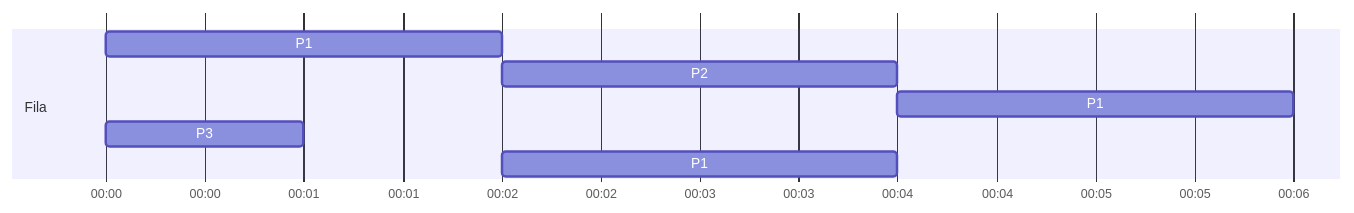
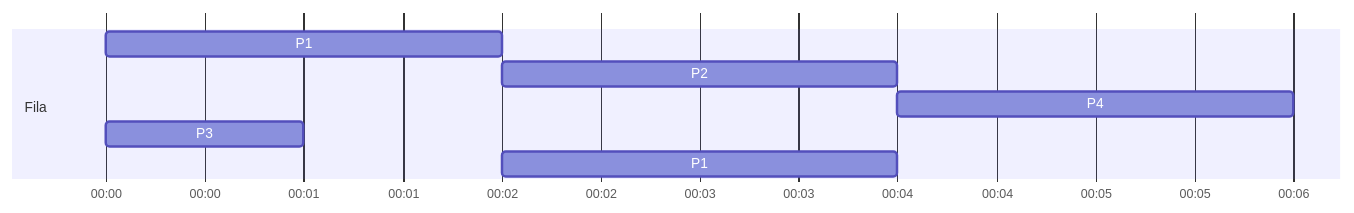
Before and after one commit to victorvcruz/ifg: the eighth of 9 diagrams in 3ª Período/SO/escalonamento-cpu.md, drawn with Mermaid.

Commit message:
add diagrams

````diff
--- a/3ª Período/SO/escalonamento-cpu.md
+++ b/3ª Período/SO/escalonamento-cpu.md
@@ -338,11 +338,11 @@
 ```mermaid
 gantt
         dateFormat HH:mm
     axisFormat %H:%M
     section Fila 
         P1 :a1, 00:00, 2m
         P2 :a2, after a1, 2m
-        P1 :a3, after a2, 2m
+        P4 :a3, after a2, 2m
         P3 :a5, 00:00, 1m
         P1 :a6, after a1, 2m
 ```
````
